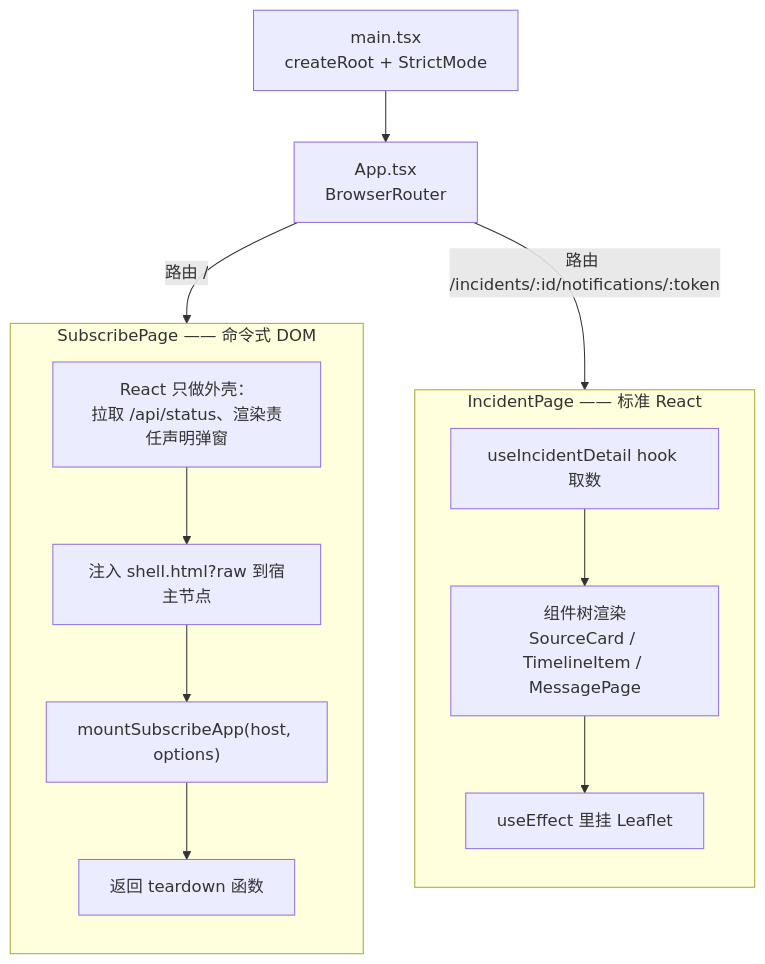
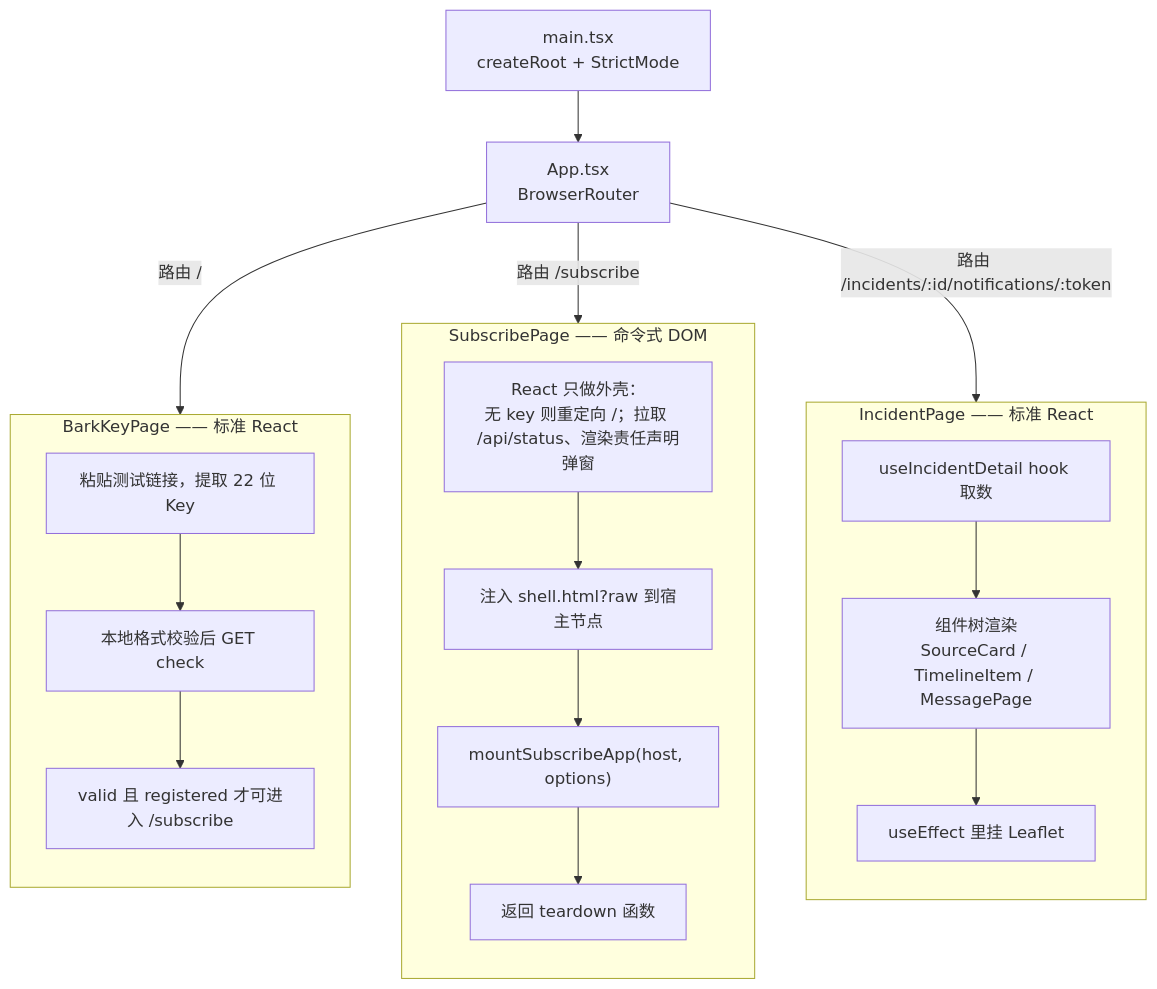
Before and after one commit to luyi2008/disaster-alert-web: the second of 8 diagrams in docs/architecture.md, drawn with Mermaid. The commit also changed other lines of this file and 21 other files, not shown here.

First line of the commit message:
feat: add Bark Key entry page before subscribe config

````diff
--- a/docs/architecture.md
+++ b/docs/architecture.md
@@ -76,26 +78,35 @@
 ```mermaid
 graph TB
     Main["main.tsx<br/>createRoot + StrictMode"]
     App["App.tsx<br/>BrowserRouter"]
 
     Main --> App
-    App -->|"路由 /"| SubPage
+    App -->|"路由 /"| EntryPage
+    App -->|"路由 /subscribe"| SubPage
     App -->|"路由 /incidents/:id/notifications/:token"| IncPage
+
+    subgraph EntryPage["BarkKeyPage —— 标准 React"]
+        direction TB
+        E1["粘贴测试链接，提取 22 位 Key"]
+        E2["本地格式校验后 GET check"]
+        E3["valid 且 registered 才可进入 /subscribe"]
+        E1 --> E2 --> E3
+    end
 
     subgraph SubPage["SubscribePage —— 命令式 DOM"]
         direction TB
-        S1["React 只做外壳：<br/>拉取 /api/status、渲染责任声明弹窗"]
+        S1["React 只做外壳：<br/>无 key 则重定向 /；拉取 /api/status、渲染责任声明弹窗"]
         S2["注入 shell.html?raw 到宿主节点"]
         S3["mountSubscribeApp(host, options)"]
         S4["返回 teardown 函数"]
         S1 --> S2 --> S3 --> S4
     end
 
     subgraph IncPage["IncidentPage —— 标准 React"]
         direction TB
         I1["useIncidentDetail hook 取数"]
         I2["组件树渲染<br/>SourceCard / TimelineItem / MessagePage"]
         I3["useEffect 里挂 Leaflet"]
         I1 --> I2 --> I3
     end
 ```
````
